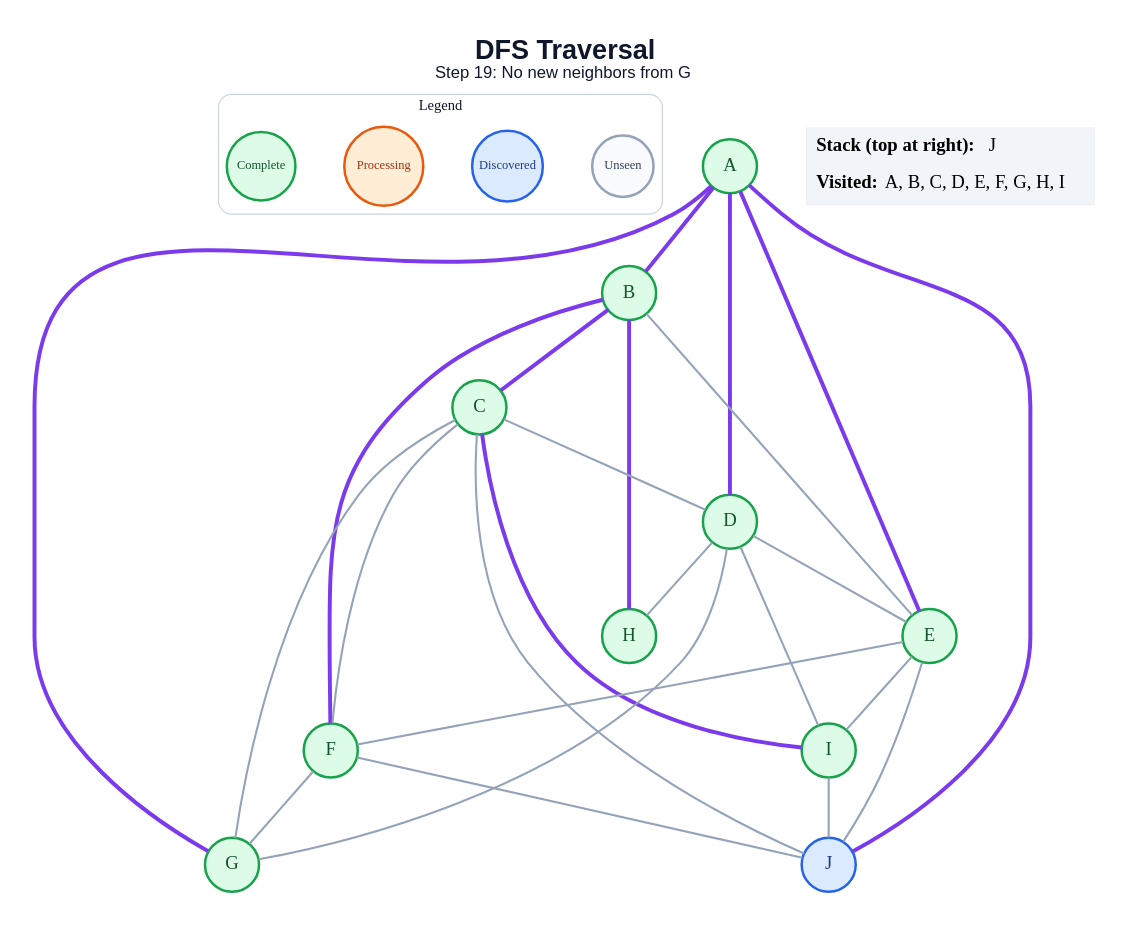
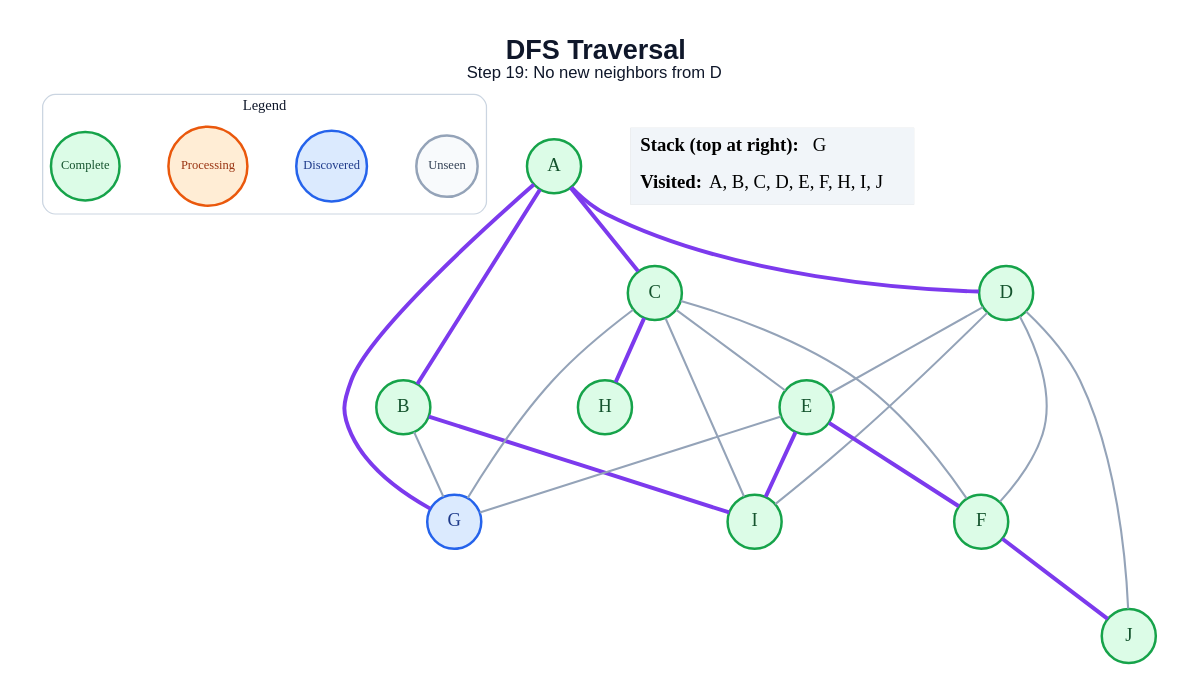
Before and after one commit to anon7238593-create/ai-slop: the diagram in generated/dfs/step_19.dot, drawn with Graphviz. The commit also changed 178 other files, not shown here.

```diff
--- a/generated/dfs/step_19.dot
+++ b/generated/dfs/step_19.dot
@@ -1,53 +1,48 @@
 graph traversal {
   graph [layout=dot, rankdir=TB, bgcolor="#FFFFFF", pad="0.35", nodesep="0.65", ranksep="0.8", fontname="Arial"];
   node [shape=circle, style="filled", fontname="Arial Bold", fontsize=18, width=0.72, fixedsize=true, penwidth=2.4];
   edge [color="#94A3B8", penwidth=2.0];
-  label=<<B>DFS Traversal</B><BR/><FONT POINT-SIZE="16">Step 19: No new neighbors from G</FONT>>; labelloc="t"; fontsize=26; fontname="Arial"; fontcolor="#0F172A";
+  label=<<B>DFS Traversal</B><BR/><FONT POINT-SIZE="16">Step 19: No new neighbors from D</FONT>>; labelloc="t"; fontsize=26; fontname="Arial"; fontcolor="#0F172A";
   subgraph cluster_legend { label="Legend"; color="#CBD5E1"; penwidth=1.2; style="rounded"; fontsize=14; fontname="Arial Bold";
     key_unseen [label="Unseen", fillcolor="#F8FAFC", color="#94A3B8", fontcolor="#334155", fontsize=12, width=0.82];
     key_frontier [label="Discovered", fillcolor="#DBEAFE", color="#2563EB", fontcolor="#1E3A8A", fontsize=12, width=0.95];
     key_current [label="Processing", fillcolor="#FFEDD5", color="#EA580C", fontcolor="#9A3412", fontsize=12, width=1.05];
     key_done [label="Complete", fillcolor="#DCFCE7", color="#16A34A", fontcolor="#14532D", fontsize=12, width=0.92];
     { rank=same; key_unseen; key_frontier; key_current; key_done; }
   }
   A [fillcolor="#DCFCE7", color="#16A34A", fontcolor="#14532D"];
   B [fillcolor="#DCFCE7", color="#16A34A", fontcolor="#14532D"];
   C [fillcolor="#DCFCE7", color="#16A34A", fontcolor="#14532D"];
   D [fillcolor="#DCFCE7", color="#16A34A", fontcolor="#14532D"];
   E [fillcolor="#DCFCE7", color="#16A34A", fontcolor="#14532D"];
   F [fillcolor="#DCFCE7", color="#16A34A", fontcolor="#14532D"];
-  G [fillcolor="#DCFCE7", color="#16A34A", fontcolor="#14532D"];
+  G [fillcolor="#DBEAFE", color="#2563EB", fontcolor="#1E3A8A"];
   H [fillcolor="#DCFCE7", color="#16A34A", fontcolor="#14532D"];
   I [fillcolor="#DCFCE7", color="#16A34A", fontcolor="#14532D"];
-  J [fillcolor="#DBEAFE", color="#2563EB", fontcolor="#1E3A8A"];
+  J [fillcolor="#DCFCE7", color="#16A34A", fontcolor="#14532D"];
   A -- B [color="#7C3AED", penwidth=3.8];
+  A -- C [color="#7C3AED", penwidth=3.8];
   A -- D [color="#7C3AED", penwidth=3.8];
-  A -- E [color="#7C3AED", penwidth=3.8];
   A -- G [color="#7C3AED", penwidth=3.8];
-  A -- J [color="#7C3AED", penwidth=3.8];
-  B -- C [color="#7C3AED", penwidth=3.8];
-  B -- E;
-  B -- F [color="#7C3AED", penwidth=3.8];
-  B -- H [color="#7C3AED", penwidth=3.8];
-  C -- D;
+  B -- G;
+  B -- I [color="#7C3AED", penwidth=3.8];
+  C -- E;
   C -- F;
   C -- G;
-  C -- I [color="#7C3AED", penwidth=3.8];
-  C -- J;
+  C -- H [color="#7C3AED", penwidth=3.8];
+  C -- I;
   D -- E;
-  D -- G;
-  D -- H;
+  D -- F;
   D -- I;
-  E -- F;
-  E -- I;
-  E -- J;
-  F -- G;
-  F -- J;
-  I -- J;
+  D -- J;
+  E -- F [color="#7C3AED", penwidth=3.8];
+  E -- G;
+  E -- I [color="#7C3AED", penwidth=3.8];
+  F -- J [color="#7C3AED", penwidth=3.8];
   status [shape=plain, fixedsize=false, width=0, height=0, margin=0, label=<
     <TABLE BORDER="0" CELLBORDER="0" CELLPADDING="7" BGCOLOR="#F1F5F9">
-      <TR><TD ALIGN="LEFT"><B>Stack (top at right):</B> J</TD></TR>
-      <TR><TD ALIGN="LEFT"><B>Visited:</B> A, B, C, D, E, F, G, H, I</TD></TR>
+      <TR><TD ALIGN="LEFT"><B>Stack (top at right):</B> G</TD></TR>
+      <TR><TD ALIGN="LEFT"><B>Visited:</B> A, B, C, D, E, F, H, I, J</TD></TR>
     </TABLE>
   >];
 }
```
